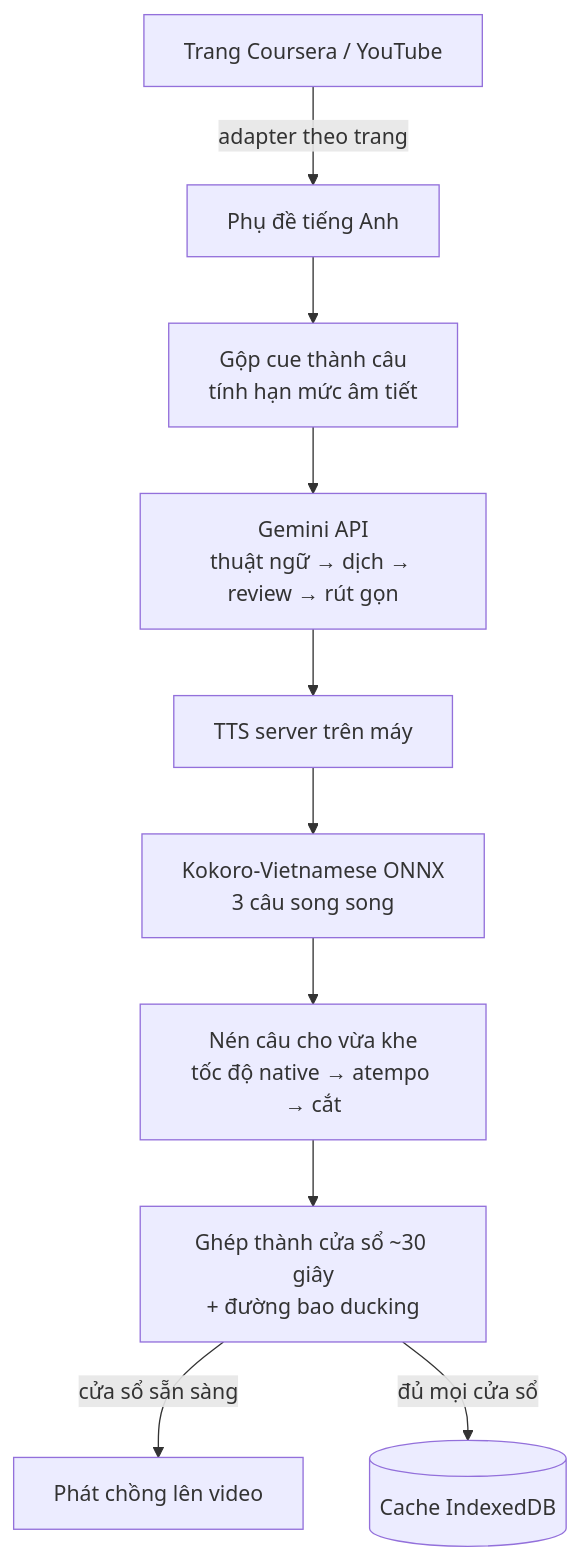
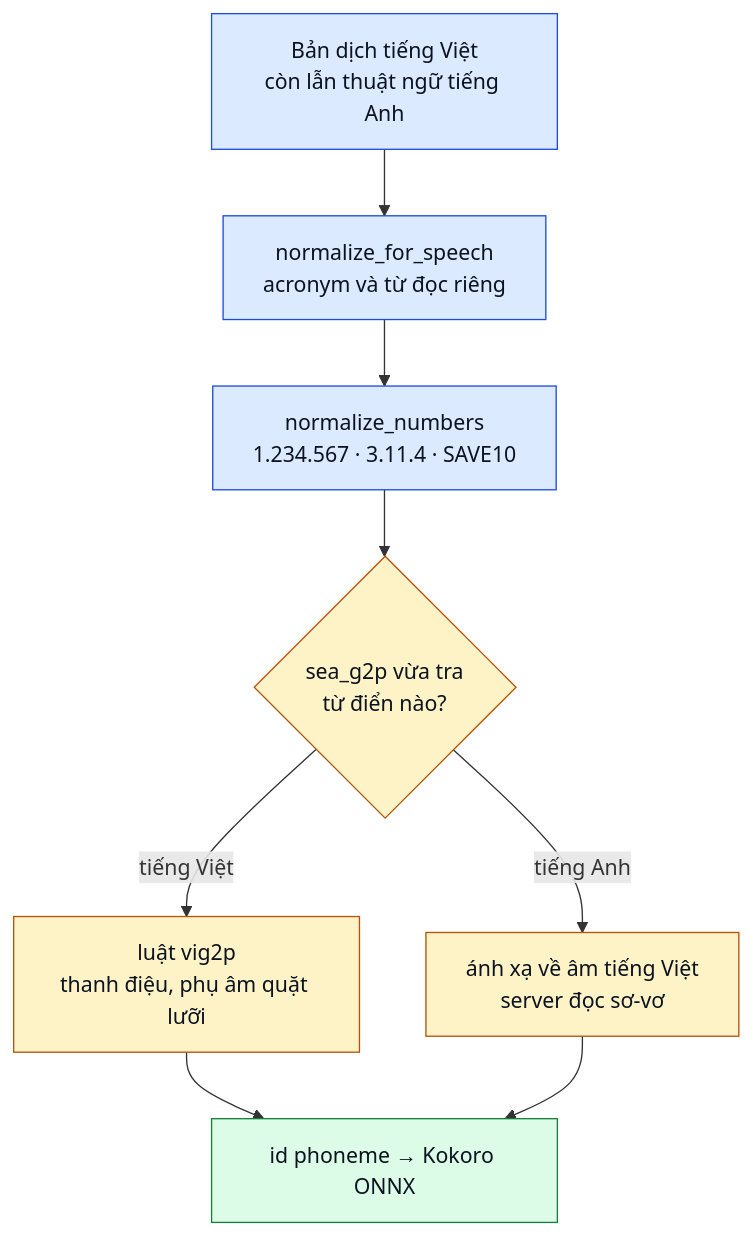
The fourth of 6 diagrams in README.vi.md (AIAI-Laboratory/ai-vietnamese-dubbing), drawn with Mermaid before and after one commit. The commit also changed other lines of this file and 4 other files, not shown here.

````diff
--- a/README.vi.md
+++ b/README.vi.md
@@ -42,12 +191,17 @@
 ```mermaid
 flowchart TD
-    A[Trang Coursera / YouTube] -->|adapter theo trang| B[Phụ đề tiếng Anh]
-    B --> C[Gộp cue thành câu<br/>tính hạn mức âm tiết]
-    C --> D[Gemini API<br/>thuật ngữ → dịch → review → rút gọn]
-    D --> E[TTS server trên máy]
-    E --> F[Kokoro-Vietnamese ONNX<br/>3 câu song song]
-    F --> G[Nén câu cho vừa khe<br/>tốc độ native → atempo → cắt]
-    G --> H[Ghép thành cửa sổ ~30 giây<br/>+ đường bao ducking]
-    H -->|cửa sổ sẵn sàng| I[Phát chồng lên video]
-    H -->|đủ mọi cửa sổ| J[(Cache IndexedDB)]
+    A["Bản dịch tiếng Việt<br/>còn lẫn thuật ngữ tiếng Anh"] --> B["normalize_for_speech<br/>acronym và từ đọc riêng"]
+    B --> C["normalize_numbers<br/>1.234.567 · 3.11.4 · SAVE10"]
+    C --> D{"sea_g2p vừa tra<br/>từ điển nào?"}
+    D -->|tiếng Việt| E["luật vig2p<br/>thanh điệu, phụ âm quặt lưỡi"]
+    D -->|tiếng Anh| F["ánh xạ về âm tiếng Việt<br/>server đọc sơ-vơ"]
+    E --> G["id phoneme → Kokoro ONNX"]
+    F --> G
+
+    classDef prep fill:#dbeafe,stroke:#1d4ed8,color:#0b1220
+    classDef choice fill:#fef3c7,stroke:#b45309,color:#0b1220
+    classDef out fill:#dcfce7,stroke:#15803d,color:#0b1220
+    class A,B,C prep
+    class D,E,F choice
+    class G out
 ```
````
